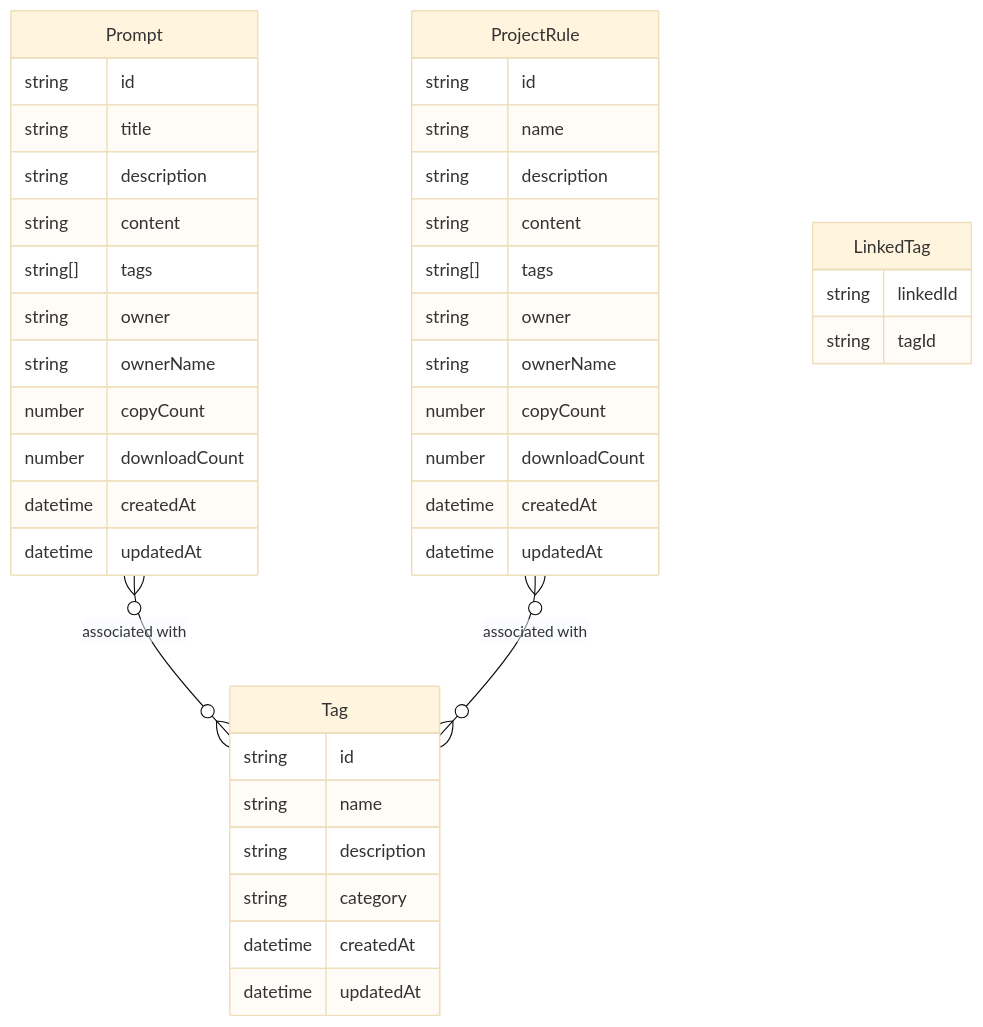
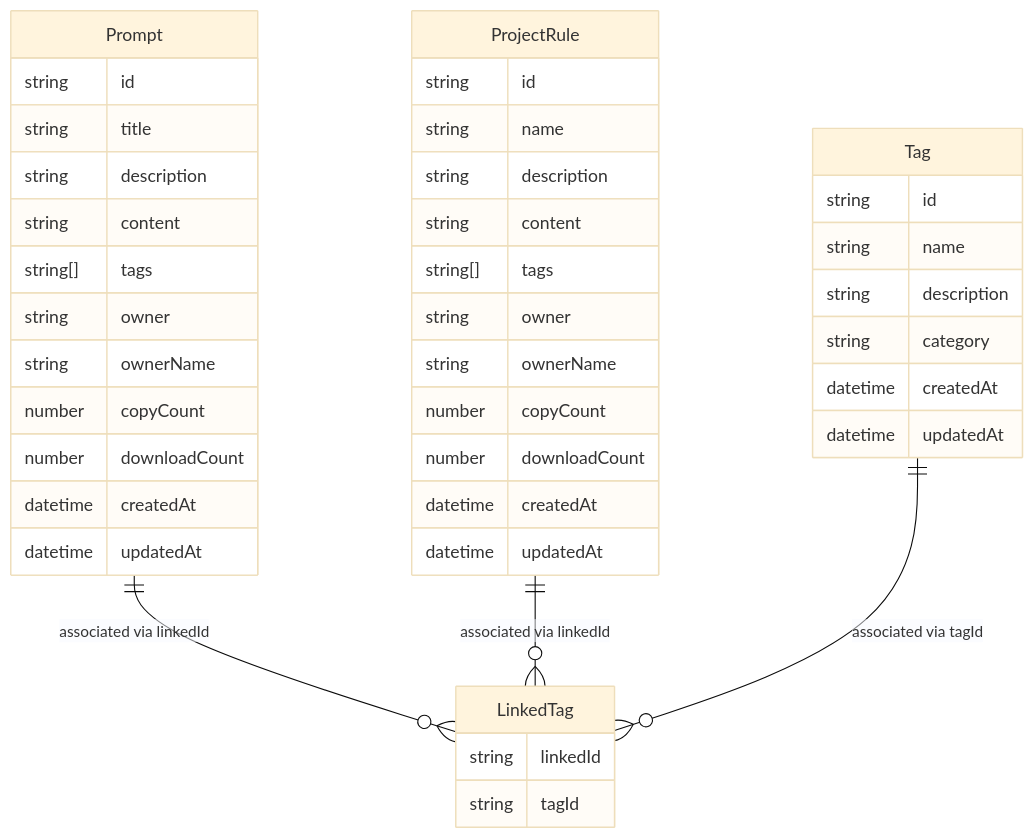
The first of 2 diagrams in docs/specs/tag-management/spec.md (cremich/promptz), drawn with Mermaid (base theme) before and after one commit. The commit also changed other lines of this file and 3 other files, not shown here.

First line of the commit message:
docs: update project intelligence and tag management spec

````diff
--- a/docs/specs/tag-management/spec.md
+++ b/docs/specs/tag-management/spec.md
@@ -146,44 +143,45 @@
 ```mermaid
 erDiagram
     Tag {
         string id
         string name
         string description
         string category
         datetime createdAt
         datetime updatedAt
     }
     Prompt {
         string id
         string title
         string description
         string content
         string[] tags
         string owner
         string ownerName
         number copyCount
         number downloadCount
         datetime createdAt
         datetime updatedAt
     }
     ProjectRule {
         string id
         string name
         string description
         string content
         string[] tags
         string owner
         string ownerName
         number copyCount
         number downloadCount
         datetime createdAt
         datetime updatedAt
     }
     LinkedTag {
         string linkedId
         string tagId
     }
 
-    Prompt }o--o{ Tag : "associated with"
-    ProjectRule }o--o{ Tag : "associated with"
+    Prompt ||--o{ LinkedTag : "associated via linkedId"
+    ProjectRule ||--o{ LinkedTag : "associated via linkedId"
+    Tag ||--o{ LinkedTag : "associated via tagId"
 ```
````
